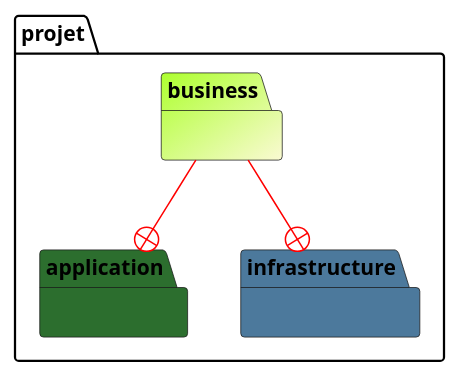
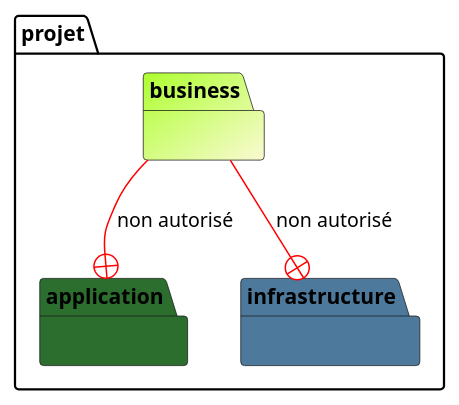
The first of 5 diagrams in readme.md (stef38-code/structureProjet), drawn with PlantUML before and after one commit. The commit also changed other lines of this file and 1 other file, not shown here.

````diff
--- a/readme.md
+++ b/readme.md
@@ -43,18 +43,16 @@
 ```plantuml
-
 @startuml
 
 package projet.business #GreenYellow/LightGoldenRodYellow {
 
 }
 package projet.application #2C6E2E {
 
 }
 package projet.infrastructure #4C799C {
 
 }
-projet.business -[#red]-+ projet.application  
-projet.business -[#red]-+ projet.infrastructure  
+projet.business -[#red]-+ projet.application  : non autorisé
+projet.business -[#red]-+ projet.infrastructure  : non autorisé
 @enduml
-
 ```
````
